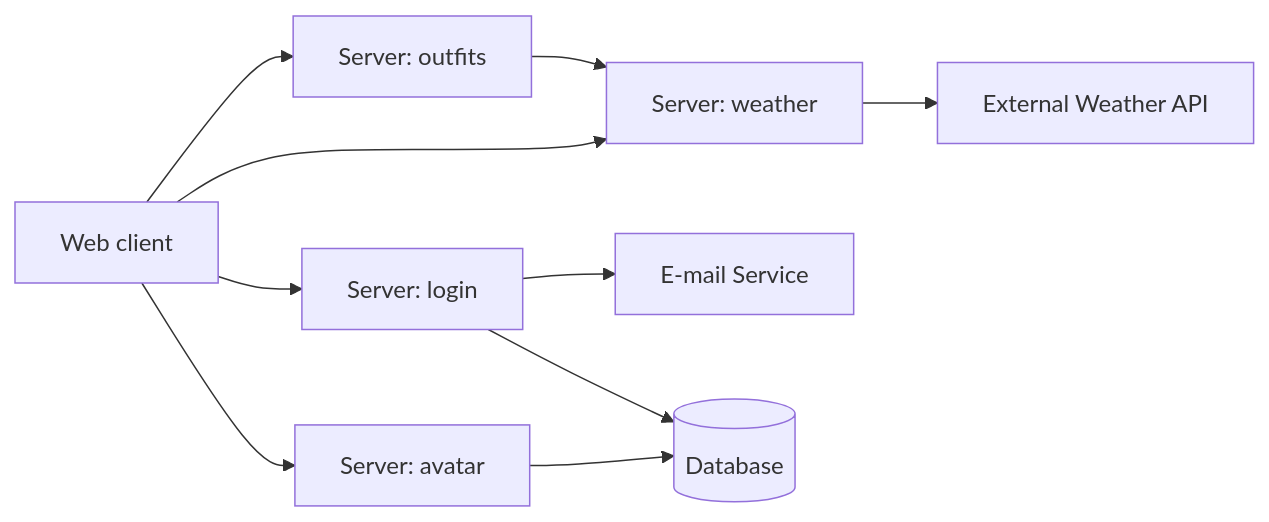
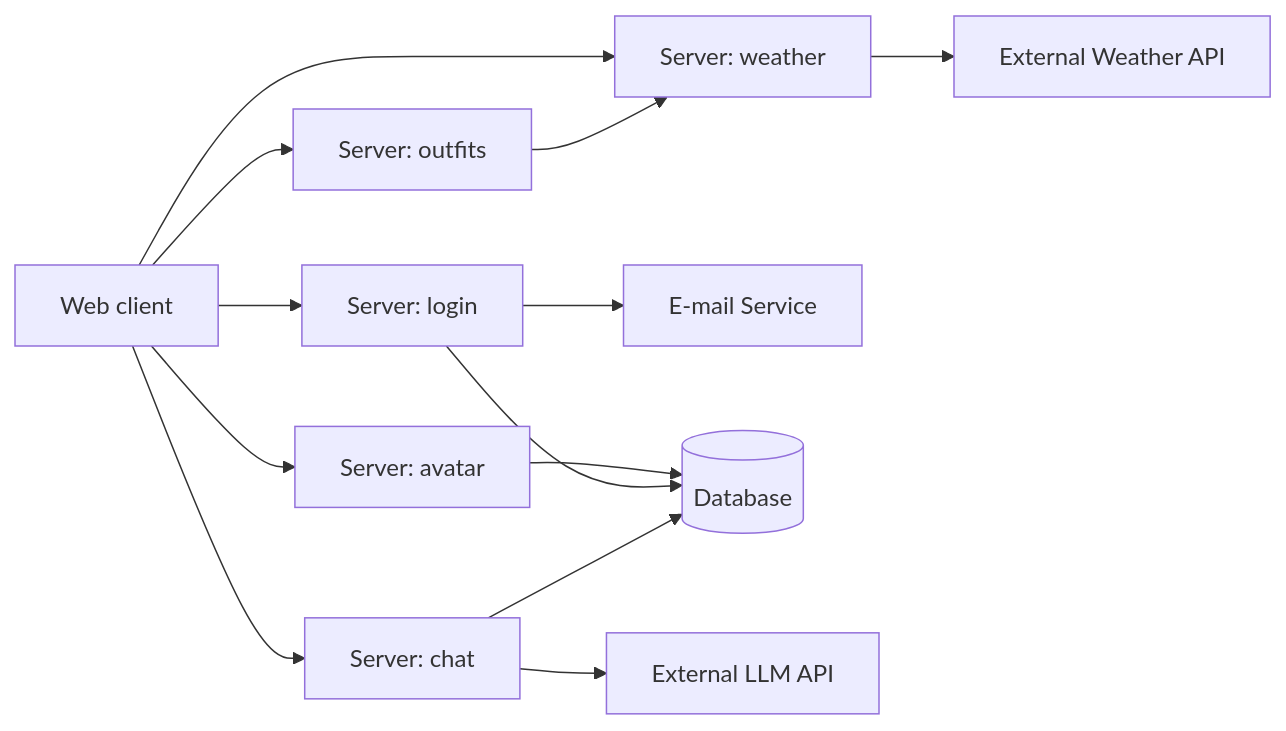
Before and after one commit to Chili911/aiasd-project: the diagram in week05/DESIGN.md, drawn with Mermaid. The commit also changed other lines of this file and 17 other files, not shown here.

````diff
--- a/week05/DESIGN.md
+++ b/week05/DESIGN.md
@@ -52,15 +16,17 @@
 ```mermaid
 flowchart LR
     web[Web client] --> login[Server: login]
     web --> weather[Server: weather]
     web --> outfits[Server: outfits]
     web --> avatar[Server: avatar]
+    web --> chat[Server: chat]
 
     login --> email[E-mail Service]
     weather --> weather_api[External Weather API]
     outfits --> weather
     avatar --> db[(Database)]
     login --> db[(Database)]
-
+    chat --> db[(Database)]
+    chat --> llm[External LLM API]
 
 ```
````
